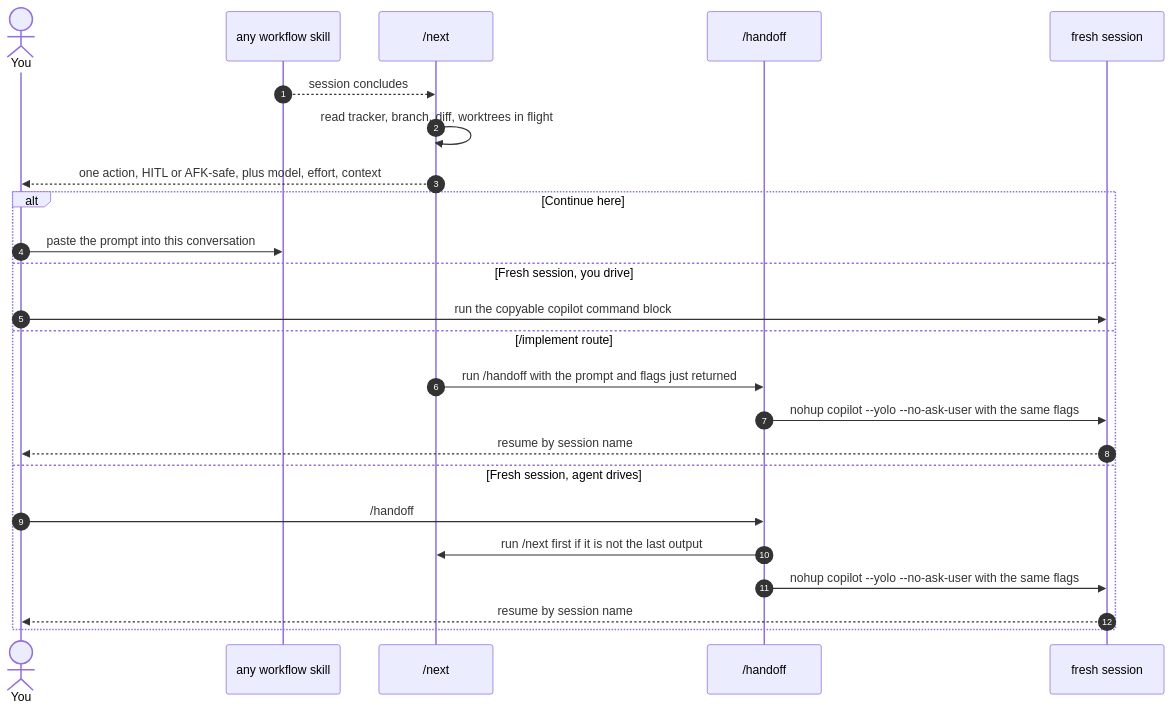
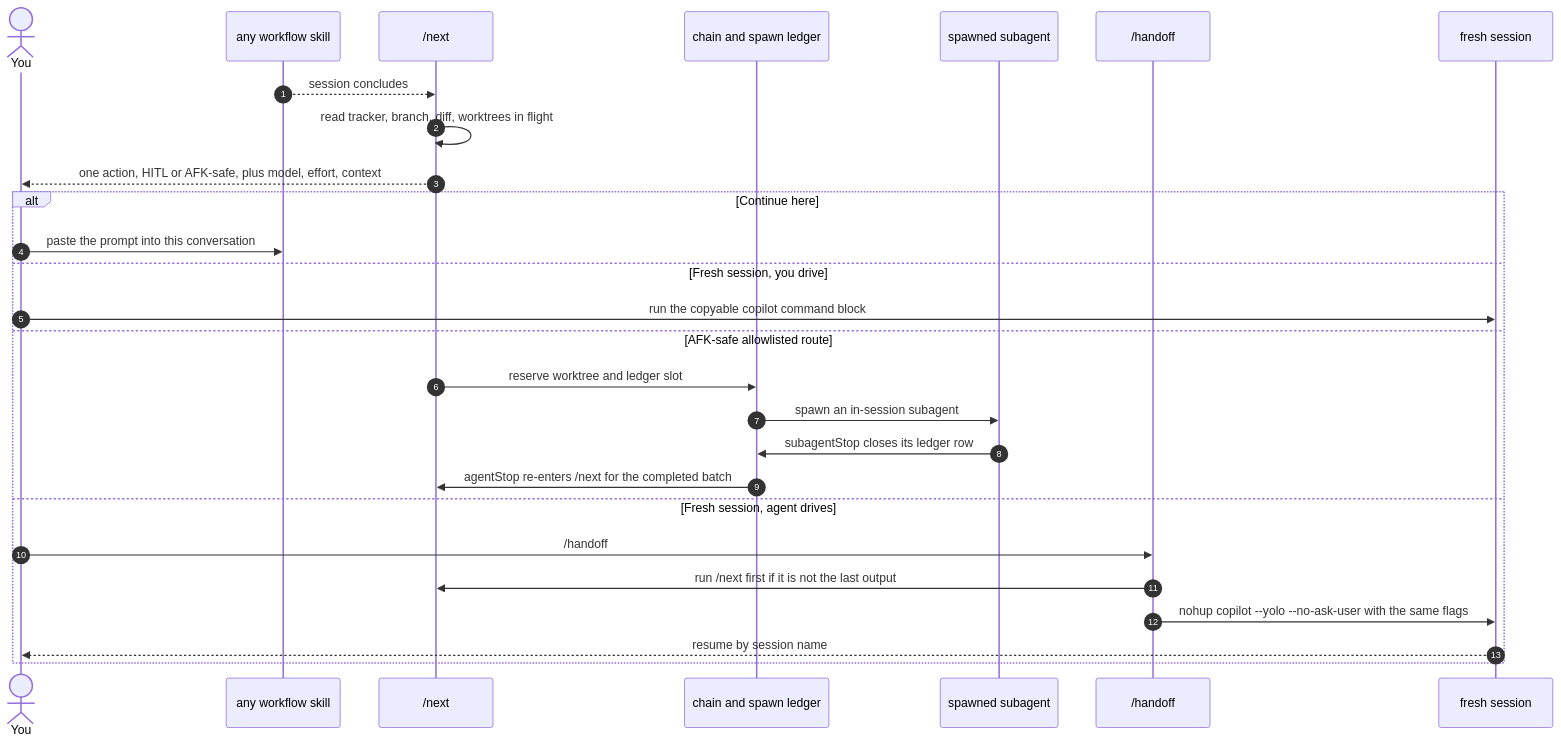
Before and after one commit to bradcstevens/git-loopy-skills: the third of 12 diagrams in docs/skill-connections.md, drawn with Mermaid. The commit also changed other lines of this file and 2 other files, not shown here.

First line of the commit message:
Document the /next chain and spawn edges

````diff
--- a/docs/skill-connections.md
+++ b/docs/skill-connections.md
@@ -157,28 +168,31 @@
 ```mermaid
 sequenceDiagram
     autonumber
     actor U as You
     participant SK as any workflow skill
     participant NX as /next
+    participant CH as chain and spawn ledger
+    participant SA as spawned subagent
     participant HO as /handoff
     participant BG as fresh session
 
     SK-->>NX: session concludes
     NX->>NX: read tracker, branch, diff, worktrees in flight
     NX-->>U: one action, HITL or AFK-safe, plus model, effort, context
 
     alt Continue here
         U->>SK: paste the prompt into this conversation
     else Fresh session, you drive
         U->>BG: run the copyable copilot command block
-    else /implement route
-        NX->>HO: run /handoff with the prompt and flags just returned
-        HO->>BG: nohup copilot --yolo --no-ask-user with the same flags
-        BG-->>U: resume by session name
+    else AFK-safe allowlisted route
+        NX->>CH: reserve worktree and ledger slot
+        CH->>SA: spawn an in-session subagent
+        SA->>CH: subagentStop closes its ledger row
+        CH->>NX: agentStop re-enters /next for the completed batch
     else Fresh session, agent drives
         U->>HO: /handoff
         HO->>NX: run /next first if it is not the last output
         HO->>BG: nohup copilot --yolo --no-ask-user with the same flags
         BG-->>U: resume by session name
     end
 ```
````
